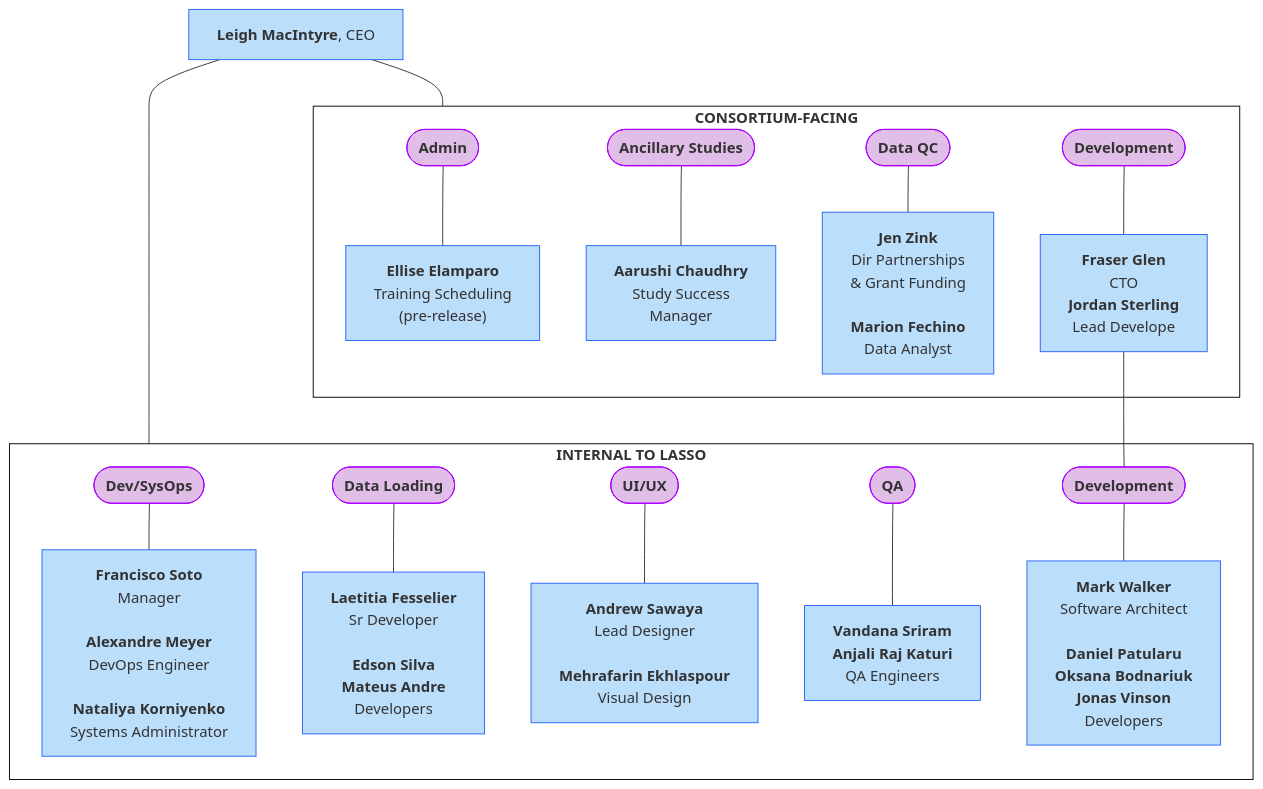
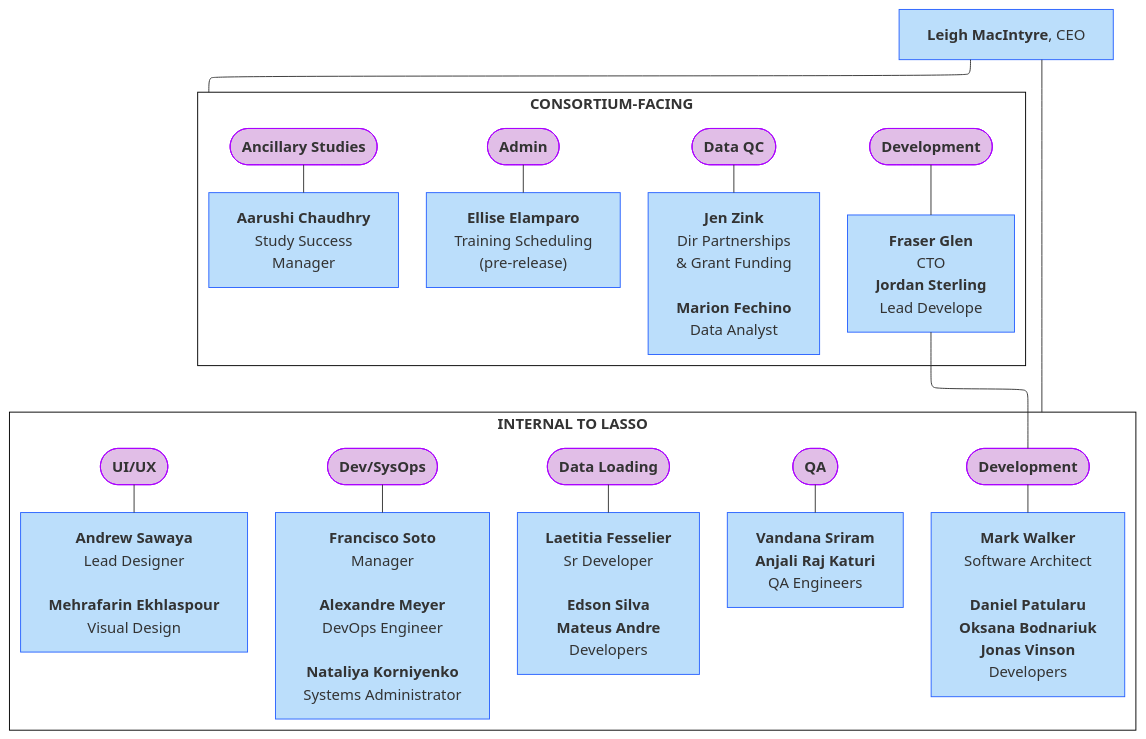
The second of 16 diagrams in docs/orgcharts_alt.md (DCAN-Labs/hbcd-docs-internal), drawn with Mermaid before and after one commit. The commit also changed other lines of this file, not shown here.

````diff
--- a/docs/orgcharts_alt.md
+++ b/docs/orgcharts_alt.md
@@ -136,69 +67,69 @@
 ```mermaid
 ---
 config:
-  layout: dagre
+  layout: elk
 ---
 flowchart TB
  subgraph s1["<b>INTERNAL TO LASSO</b>"]
         n23(["<b>Dev/SysOps</b>"])
         n24["<b>Francisco Soto</b><br>Manager<br>
     <b>Alexandre Meyer</b><br>DevOps Engineer<br><br><b>Nataliya Korniyenko<br></b>Systems Administrator"]
         n4(["<b>Data Loading</b>"])
         n9["<b>Laetitia Fesselier</b><br>Sr Developer<br>
     <b>Edson Silva</b><br><b>Mateus Andre</b><br>Developers"]
         n29(["<b>UI/UX</b>"])
         n30["<b>Andrew Sawaya</b><br>Lead Designer<br>
     <b>Mehrafarin Ekhlaspour</b><br>Visual Design"]
         n27(["<b>QA</b>"])
         n28["<b>Vandana Sriram</b><br><b>Anjali Raj Katuri<br></b>QA Engineers"]
         n31["<b>Mark Walker</b>
         Software Architect<br>
         <b>Daniel Patularu
         Oksana Bodnariuk
         Jonas Vinson</b>
         Developers"]
         n32(["<b>Development</b>"])
   end
  subgraph s2["<b>CONSORTIUM-FACING</b>"]
         B(["<b>Admin</b>"])
         n5["<b>Ellise Elamparo</b><br>Training Scheduling<br>(pre-release)"]
         n1(["<b>Ancillary Studies</b>"])
         n6["<b>Aarushi Chaudhry<br></b>Study Success<br>Manager"]
         n2(["<b>Data QC</b>"])
         n7["<b>Jen Zink<br></b>Dir Partnerships<br>&amp; Grant Funding<br><br><b>Marion Fechino</b><br>Data Analyst"]
         n22(["<b>Development</b>"])
         n26["<b>Fraser Glen<br></b>CTO<br><b>Jordan Sterling<br></b>Lead Develope"]
   end
-    A["<b>Leigh MacIntyre</b>, CEO"] --- s1 & s2
     B --- n5
     n1 --- n6
     n2 --- n7
     n4 --- n9
     n23 --- n24
     n22 --- n26
     n27 --- n28
     n29 --- n30
+    A["<b>Leigh MacIntyre</b>, CEO"] --- s2 & s1
     n32 --- n31
     n26 --- n32
     style n23 fill:#E1BEE7,stroke:#AA00FF
     style n24 fill:#BBDEFB,stroke:#2962FF
     style n4 fill:#E1BEE7,stroke:#AA00FF
     style n9 fill:#BBDEFB,stroke:#2962FF
     style n29 fill:#E1BEE7,stroke:#AA00FF
     style n30 fill:#BBDEFB,stroke:#2962FF
     style n27 fill:#E1BEE7,stroke:#AA00FF
     style n28 fill:#BBDEFB,stroke:#2962FF
     style n31 fill:#BBDEFB,stroke:#2962FF
     style n32 fill:#E1BEE7,stroke:#AA00FF
     style B fill:#E1BEE7,stroke:#AA00FF
     style n5 fill:#BBDEFB,stroke:#2962FF
     style n1 fill:#E1BEE7,stroke:#AA00FF
     style n6 fill:#BBDEFB,stroke:#2962FF
     style n2 fill:#E1BEE7,stroke:#AA00FF
     style n7 fill:#BBDEFB,stroke:#2962FF
     style n22 fill:#E1BEE7,stroke:#AA00FF
     style n26 fill:#BBDEFB,stroke:#2962FF
     style A fill:#BBDEFB,stroke:#2962FF
     style s2 fill:#FFFFFF,stroke:#000000
     style s1 fill:#FFFFFF,stroke:#000000
 ```
````
